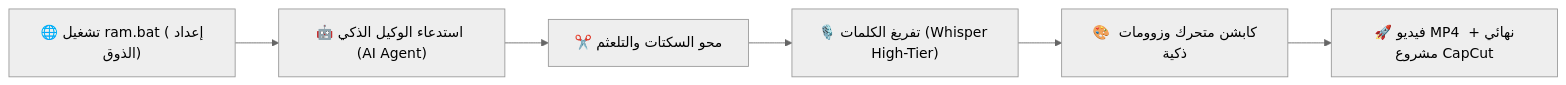
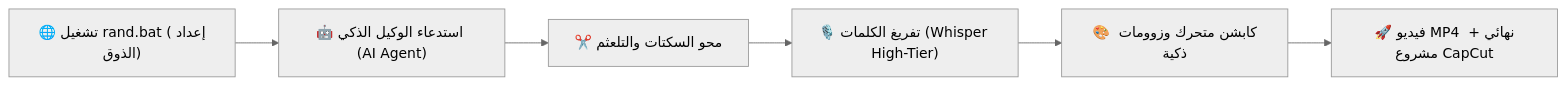
Before and after one commit to islamlal12/islam-ai-reelforge: the diagram in README.md, drawn with Mermaid (neutral theme). The commit also changed other lines of this file and 5 other files, not shown here.

Commit message:
refactor: rename starter script to rand.bat/rand.sh, update run alias and documentation

````diff
--- a/README.md
+++ b/README.md
@@ -23,8 +23,8 @@
 ```mermaid
 flowchart LR
-    A["🌐 تشغيل ram.bat (إعداد الذوق)"] --> B["🤖 استدعاء الوكيل الذكي (AI Agent)"]
+    A["🌐 تشغيل rand.bat (إعداد الذوق)"] --> B["🤖 استدعاء الوكيل الذكي (AI Agent)"]
     B --> C["✂️ محو السكتات والتلعثم"]
     C --> D["🎙️ تفريغ الكلمات (Whisper High-Tier)"]
     D --> E["🎨 كابشن متحرك وزوومات ذكية"]
     E --> F["🚀 فيديو MP4 نهائي + مشروع CapCut"]
 ```
````
